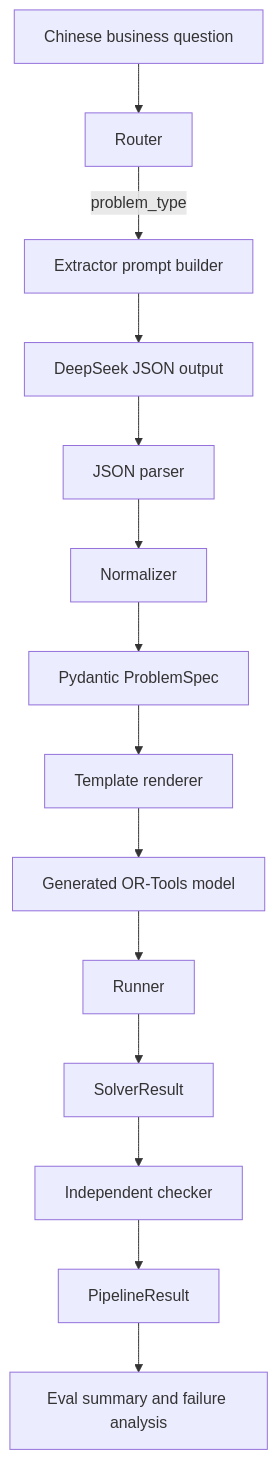
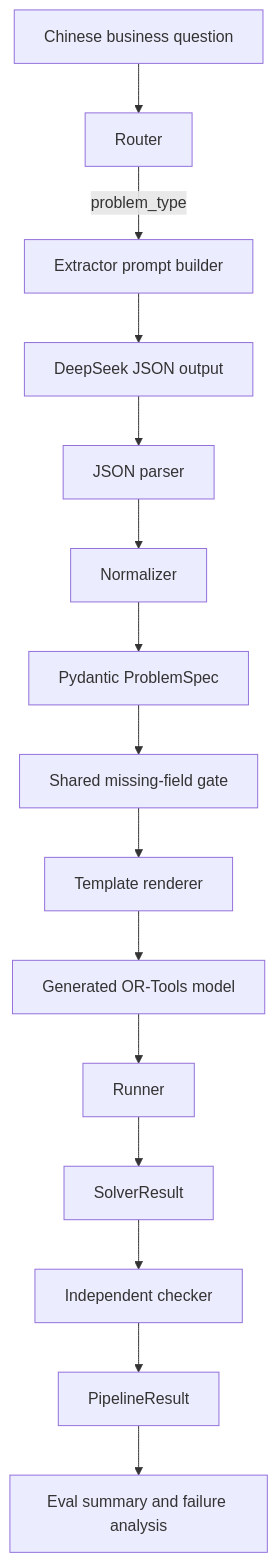
The diagram in docs/architecture.md (Levvvi/NL2OPT), drawn with Mermaid before and after one commit. The commit also changed other lines of this file and 45 other files, not shown here.

````diff
--- a/docs/architecture.md
+++ b/docs/architecture.md
@@ -18,16 +18,17 @@
 ```mermaid
 flowchart TD
     A["Chinese business question"] --> B["Router"]
     B -->|problem_type| C["Extractor prompt builder"]
     C --> D["DeepSeek JSON output"]
     D --> E["JSON parser"]
     E --> F["Normalizer"]
     F --> G["Pydantic ProblemSpec"]
-    G --> H["Template renderer"]
+    G --> Q["Shared missing-field gate"]
+    Q --> H["Template renderer"]
     H --> I["Generated OR-Tools model"]
     I --> J["Runner"]
     J --> K["SolverResult"]
     K --> L["Independent checker"]
     L --> M["PipelineResult"]
     M --> N["Eval summary and failure analysis"]
 ```
````
